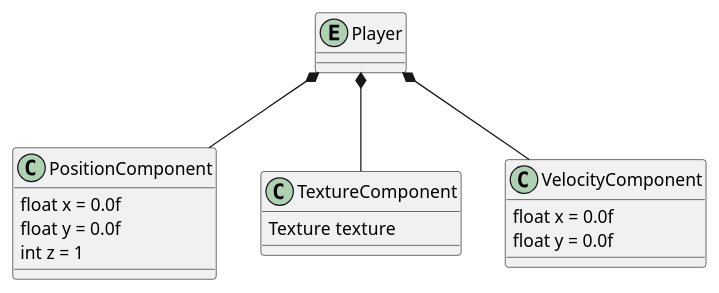
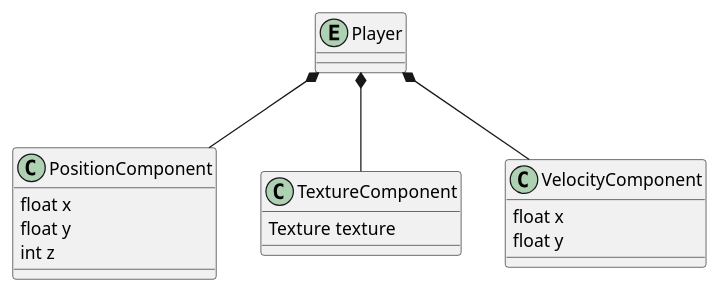
The diagram in project/UML/MovementSystem.puml (jjzsilva9/eng1), drawn with PlantUML before and after one commit. The commit also changed 7 other files, not shown here.

Commit message:
added class diagrams and minor ECD changes

```diff
--- a/project/UML/MovementSystem.puml
+++ b/project/UML/MovementSystem.puml
@@ -1,27 +1,26 @@
 @startuml
 'https://plantuml.com/class-diagram
 
 entity Player
 
 Player *-- PositionComponent
 Player *-- TextureComponent
 Player *-- VelocityComponent
 
 class TextureComponent {
 Texture texture
 }
 
 class VelocityComponent {
-float x = 0.0f
-float y = 0.0f
+float x
+float y
 }
 
 class PositionComponent {
-float x = 0.0f
-float y = 0.0f
-int z = 1
+float x
+float y
+int z
 }
 
 
-
 @enduml
```
